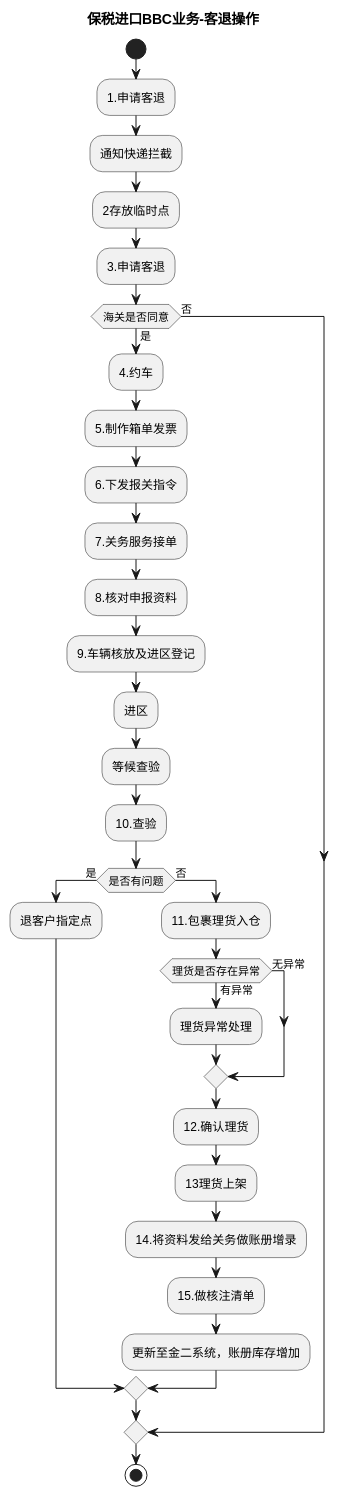
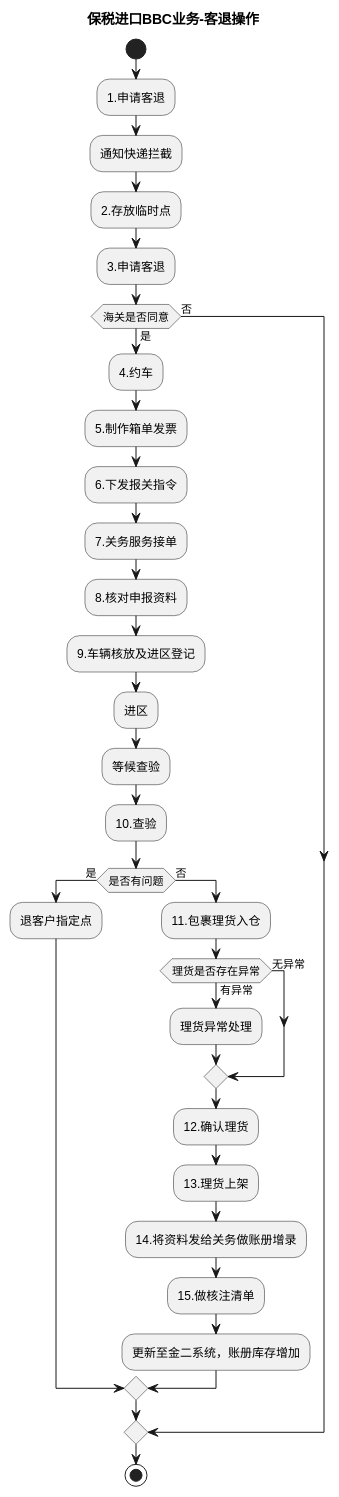
The third of 6 diagrams in product-caliber/goldjet/segmented-prd/mainflow/PRD.高捷物流系统一期.主流程.07.跨境电商BBC进口-特殊业务操作流程.md (jack888332/projects-doc), drawn with PlantUML before and after one commit. The commit also changed other lines of this file and 59 other files, not shown here.

````diff
--- a/product-caliber/goldjet/segmented-prd/mainflow/PRD.高捷物流系统一期.主流程.07.跨境电商BBC进口-特殊业务操作流程.md
+++ b/product-caliber/goldjet/segmented-prd/mainflow/PRD.高捷物流系统一期.主流程.07.跨境电商BBC进口-特殊业务操作流程.md
@@ -88,37 +70,37 @@
 ```plantuml
 @startuml
 title 保税进口BBC业务-客退操作
 start
 :1.申请客退;
 :通知快递拦截;
-:2存放临时点;
+:2.存放临时点;
 :3.申请客退;
 if (海关是否同意) then (是)
   :4.约车;
   :5.制作箱单发票;
   :6.下发报关指令;
   :7.关务服务接单;
   :8.核对申报资料;
   :9.车辆核放及进区登记;
   :进区;
   :等候查验;
   :10.查验;
   if (是否有问题) then (是)
     :退客户指定点;
   else (否)
     :11.包裹理货入仓;
     if (理货是否存在异常) then (有异常)
       :理货异常处理;
     else (无异常)
     endif
     :12.确认理货;
-    :13理货上架;
+    :13.理货上架;
     :14.将资料发给关务做账册增录;
     :15.做核注清单;
     :更新至金二系统，账册库存增加;
   endif
 else (否)
 endif
 stop
 @enduml
 ```
````
